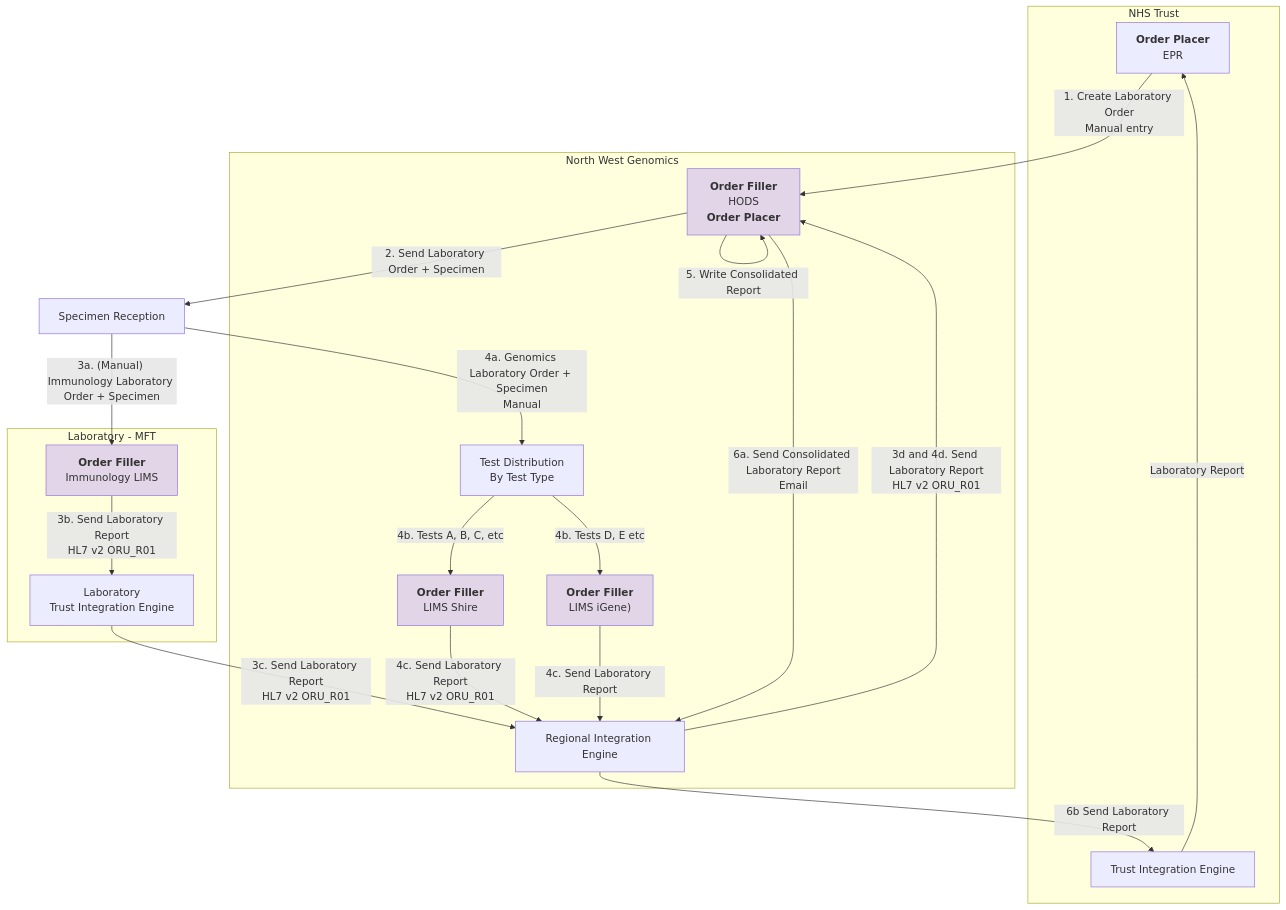
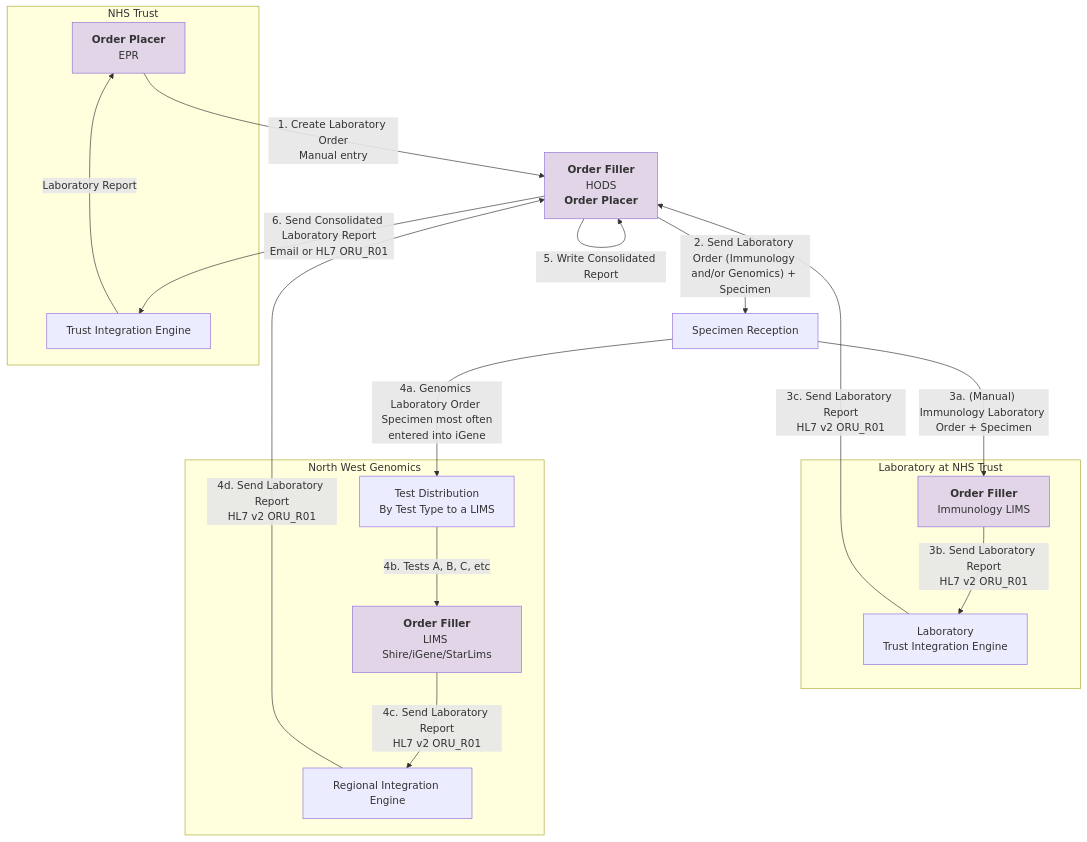
One commit to uk-gov-mirror/nw-gmsa.nw-gmsa.github.com changed the third of 7 diagrams in input/pagecontent/introduction.md. Above: the diagram before and after it, drawn with Mermaid. The commit also changed other lines of this file and 1 other file, not shown here.

Commit message:
Specimen is not mandatory

````diff
--- a/input/pagecontent/introduction.md
+++ b/input/pagecontent/introduction.md
@@ -130,40 +99,38 @@
 ```mermaid
 graph TD
 
     subgraph Trust[NHS Trust]
         EPR[<b>Order Placer</b><br/>EPR]
         TIE[Trust Integration Engine]
     end 
+    HODS["<b>Order Filler</b><br/>HODS<br/><b>Order Placer</b>"]
+    
     EPR --> |"1. Create Laboratory Order<br/>Manual entry"| HODS
-    HODS --> |"2. Send Laboratory Order + Specimen<br/>"| MFTReception[Specimen Reception]
+    HODS --> |"2. Send Laboratory Order (Immunology and/or Genomics) + Specimen<br/>"| MFTReception[Specimen Reception]
     MFTReception --> |"3a. (Manual) Immunology Laboratory Order + Specimen"| LIMS["<b>Order Filler</b><br/>Immunology LIMS"]
    
-    subgraph Laboratory["Laboratory - MFT"]
+    subgraph Laboratory["Laboratory at NHS Trust"]
+        LIMS --> |3b. Send Laboratory Report<br/>HL7 v2 ORU_R01| LIE[Laboratory<br/>Trust Integration Engine]
+    end 
+
+    LIE --> |3c. Send Laboratory Report<br/>HL7 v2 ORU_R01| HODS
+    RIE --> |4d. Send Laboratory Report<br/>HL7 v2 ORU_R01| HODS
+    MFTReception --> |"4a. Genomics Laboratory Order <br/> Specimen most often entered into iGene"| TestType
     
-        LIMS --> |3b. Send Laboratory Report<br/>HL7 v2 ORU_R01| LIE[Laboratory<br/>Trust Integration Engine]
-        
-    end 
-    LIE --> |3c. Send Laboratory Report<br/>HL7 v2 ORU_R01| RIE
-    RIE --> |3d and 4d. Send Laboratory Report<br/>HL7 v2 ORU_R01| HODS
-    MFTReception --> |"4a. Genomics Laboratory Order + Specimen<br/>Manual"| TestType
     subgraph NWGenomics[North West Genomics]
         RIE["Regional Integration Engine"]
-        HODS["<b>Order Filler</b><br/>HODS<br/><b>Order Placer</b>"]
-        TestType[Test Distribution<br/>By Test Type] --> |4b. Tests A, B, C, etc| GLHS
-        TestType --> |4b. Tests D, E etc| GLHI
-        GLHS["<b>Order Filler</b><br/>LIMS Shire"]
-        GLHS --> |4c. Send Laboratory Report<br/>HL7 v2 ORU_R01| RIE 
-        GLHI["<b>Order Filler</b><br/>LIMS iGene)"]
-        GLHI --> |4c. Send Laboratory Report<br/>| RIE 
-        
+    
+        TestType[Test Distribution<br/>By Test Type to a LIMS] --> |4b. Tests A, B, C, etc| GLH
+        GLH["<b>Order Filler</b><br/>LIMS Shire/iGene/StarLims"]
+        GLH --> |4c. Send Laboratory Report<br/>HL7 v2 ORU_R01| RIE     
     end
+    
     HODS --> |5. Write Consolidated Report| HODS
-    HODS --> |"6a. Send Consolidated Laboratory Report<br/>Email"| RIE
+    HODS --> |"6. Send Consolidated Laboratory Report<br/>Email or HL7 ORU_R01"| TIE
 
-    RIE --> |6b Send Laboratory Report| TIE
     TIE --> |Laboratory Report| EPR 
 
     classDef purple fill:#E1D5E7;
 
-    class NHSTrust,HODS,GLHS,GLHI,LIMS purple
+    class EPR,HODS,GLH,LIMS purple
 ```
````
